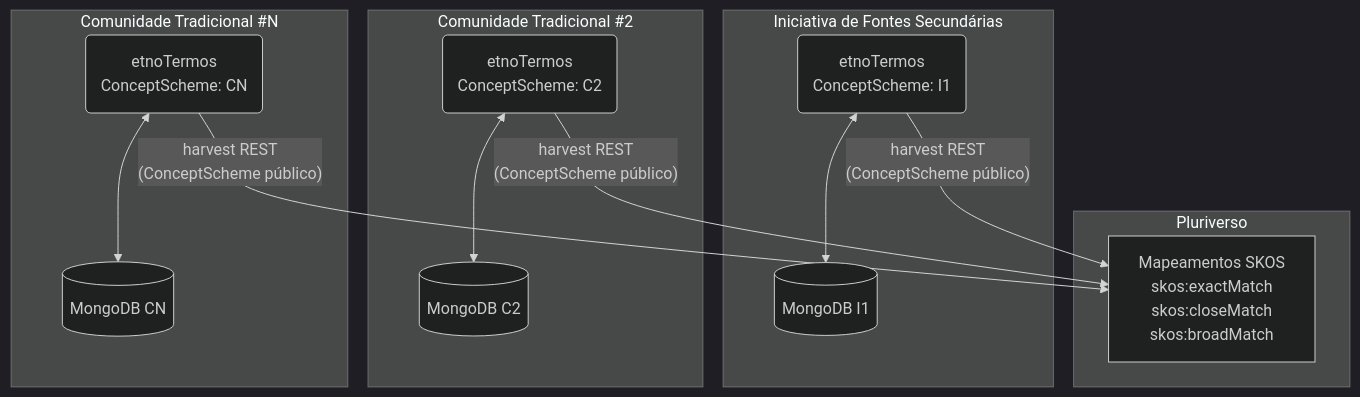
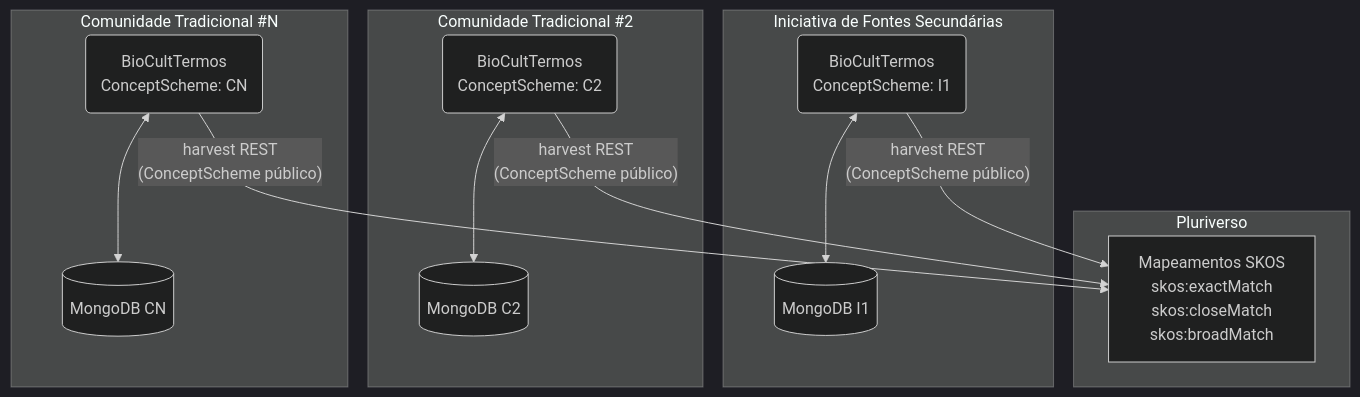
The sixth of 6 diagrams in README.md (edalcin/etnotermos), drawn with Mermaid (dark theme) before and after one commit. The commit also changed other lines of this file and 55 other files, not shown here.

````diff
--- a/README.md
+++ b/README.md
@@ -399,22 +399,22 @@
 ```mermaid
 graph TD
     subgraph I1["Iniciativa de Fontes Secundárias"]
-        ET1(etnoTermos\nConceptScheme: I1) <--> MDB1[(MongoDB I1)]
+        ET1(BioCultTermos\nConceptScheme: I1) <--> MDB1[(MongoDB I1)]
     end
 
     subgraph C2["Comunidade Tradicional #2"]
-        ET2(etnoTermos\nConceptScheme: C2) <--> MDB2[(MongoDB C2)]
+        ET2(BioCultTermos\nConceptScheme: C2) <--> MDB2[(MongoDB C2)]
     end
 
     subgraph C3["Comunidade Tradicional #N"]
-        ET3(etnoTermos\nConceptScheme: CN) <--> MDB3[(MongoDB CN)]
+        ET3(BioCultTermos\nConceptScheme: CN) <--> MDB3[(MongoDB CN)]
     end
 
     subgraph PL["Pluriverso"]
         MAP["Mapeamentos SKOS\nskos:exactMatch\nskos:closeMatch\nskos:broadMatch"]
     end
 
     ET1 -->|"harvest REST\n(ConceptScheme público)"| MAP
     ET2 -->|"harvest REST\n(ConceptScheme público)"| MAP
     ET3 -->|"harvest REST\n(ConceptScheme público)"| MAP
 ```
````
